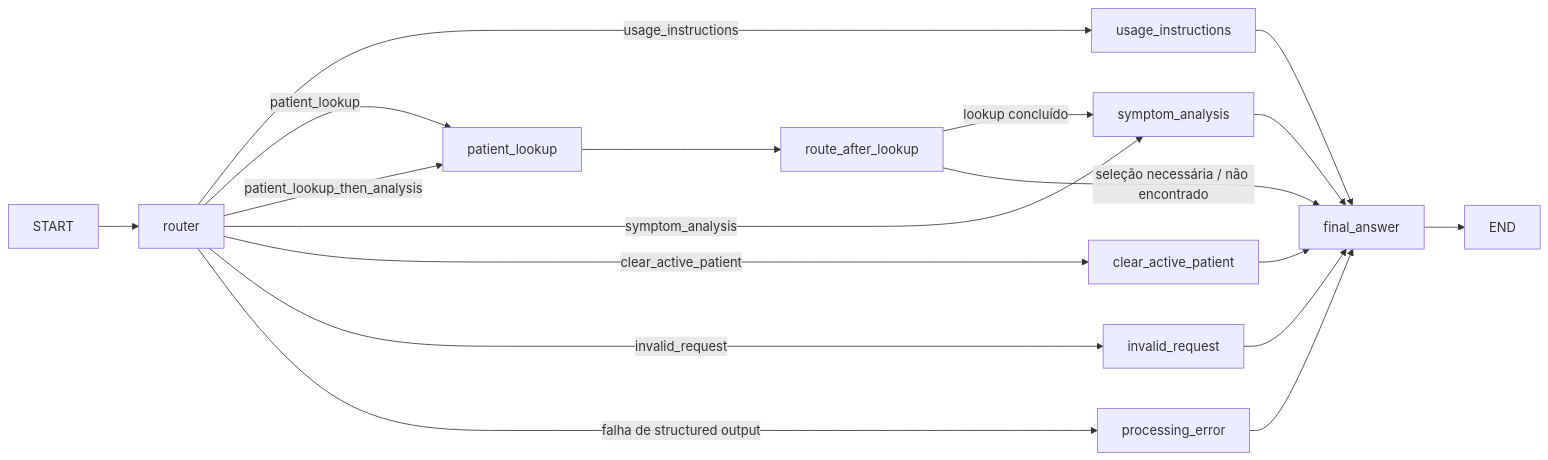
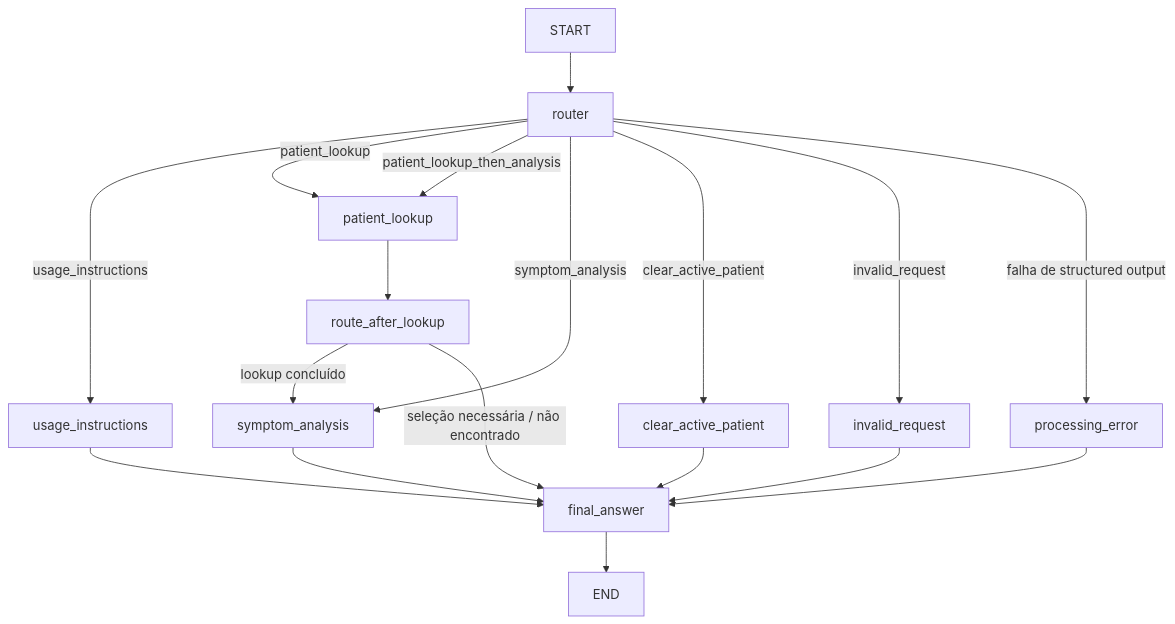
Before and after one commit to luizaaca/screening_robot: the second of 2 diagrams in README_pt-br.md, drawn with Mermaid. The commit also changed other lines of this file and 2 other files, not shown here.

````diff
--- a/README_pt-br.md
+++ b/README_pt-br.md
@@ -246,22 +292,22 @@
 ```mermaid
-flowchart LR
+flowchart TD
     START --> router
     router -->|usage_instructions| usage_instructions
     router -->|patient_lookup| patient_lookup
     router -->|patient_lookup_then_analysis| patient_lookup
     router -->|symptom_analysis| symptom_analysis
     router -->|clear_active_patient| clear_active_patient
     router -->|invalid_request| invalid_request
     router -->|falha de structured output| processing_error
 
     patient_lookup --> route_after_lookup
     route_after_lookup -->|lookup concluído| symptom_analysis
     route_after_lookup -->|seleção necessária / não encontrado| final_answer
 
     usage_instructions --> final_answer
     symptom_analysis --> final_answer
     clear_active_patient --> final_answer
     invalid_request --> final_answer
     processing_error --> final_answer
     final_answer --> END
 ```
````
